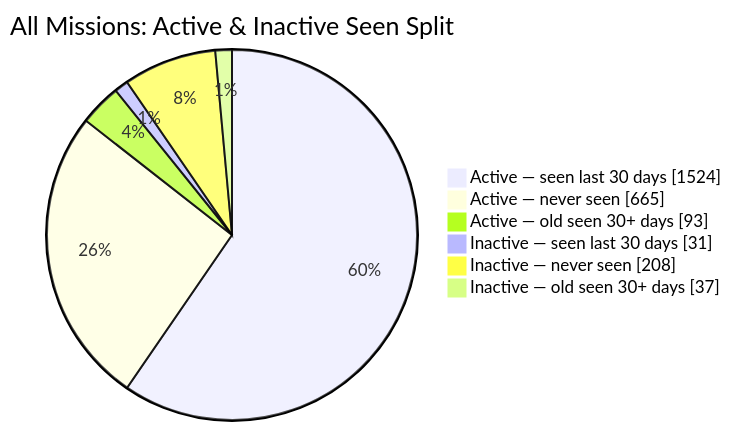
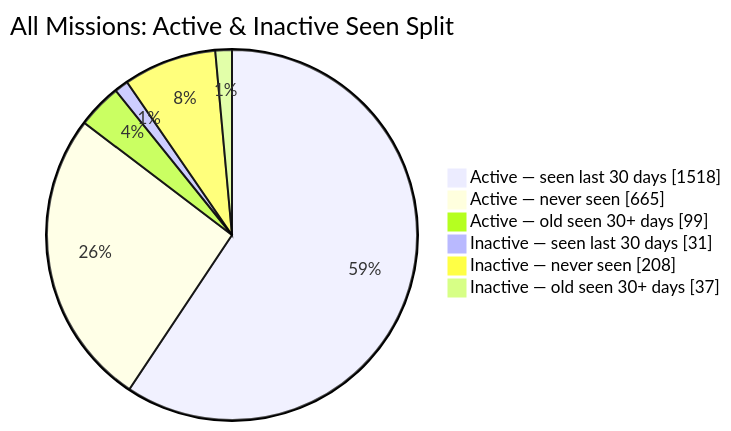
One commit to MeldkamerspelGameTeam/active-missions changed the second of 2 diagrams in README.md. Above: the diagram before and after it, drawn with Mermaid. The commit also changed other lines of this file and 2 other files, not shown here.

````diff
--- a/README.md
+++ b/README.md
@@ -44,10 +44,10 @@
 ```mermaid
 pie showData
     title All Missions: Active & Inactive Seen Split
-    "Active — seen last 30 days" : 1524
+    "Active — seen last 30 days" : 1518
     "Active — never seen" : 665
-    "Active — old seen 30+ days" : 93
+    "Active — old seen 30+ days" : 99
     "Inactive — seen last 30 days" : 31
     "Inactive — never seen" : 208
     "Inactive — old seen 30+ days" : 37
 ```
````
